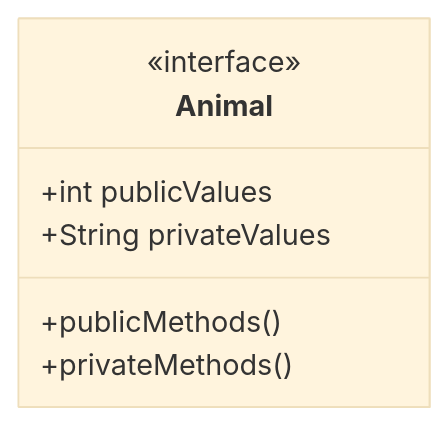
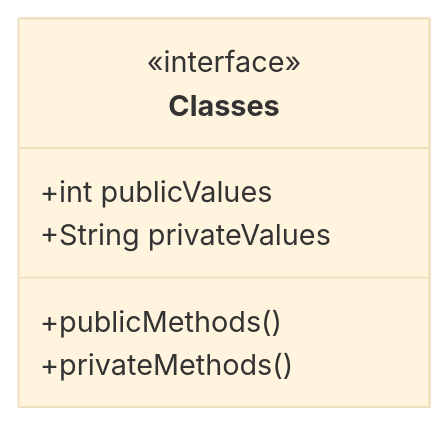
The diagram in docs/WEEK_01.md (steve-fforde/animal-kingdom), drawn with Mermaid (base theme) before and after one commit.

Commit message:
improved

````diff
--- a/docs/WEEK_01.md
+++ b/docs/WEEK_01.md
@@ -71,10 +71,10 @@
 ```mermaid
 classDiagram
-    class Animal {
+    class Classes {
         <<interface>>
         +int publicValues
         +String privateValues
         +publicMethods()
         +privateMethods()
     }
 ``` 
````
